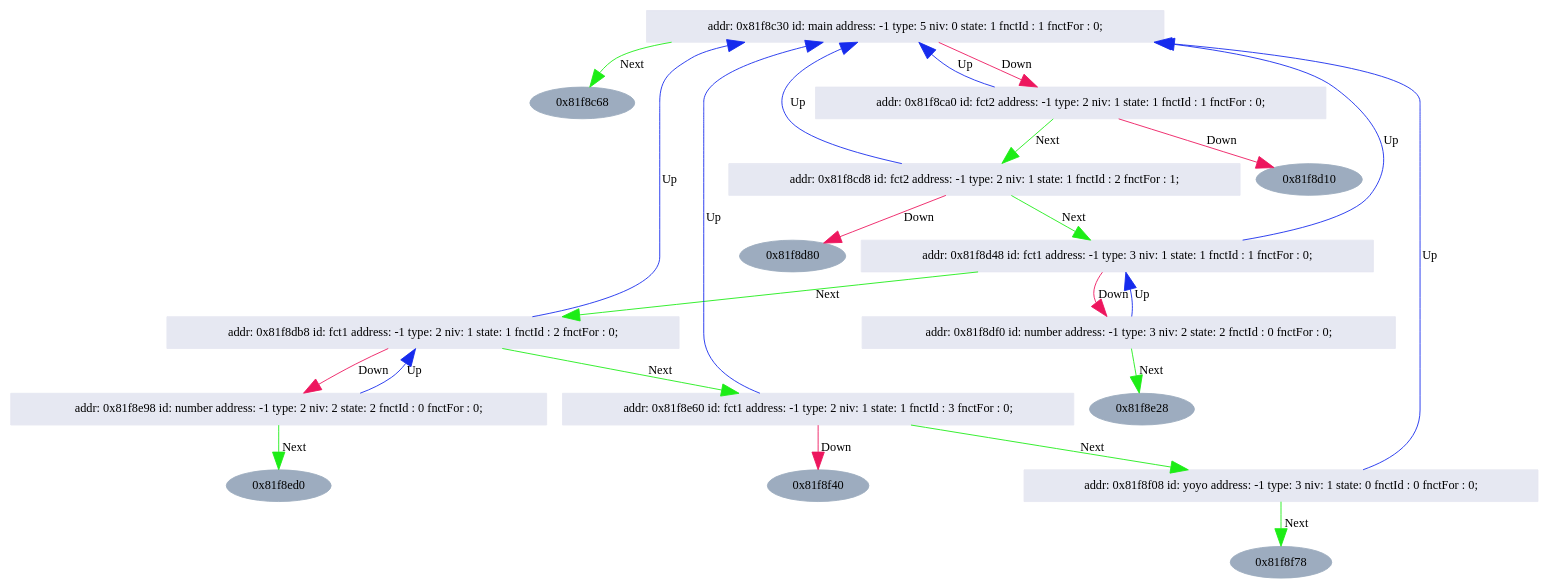
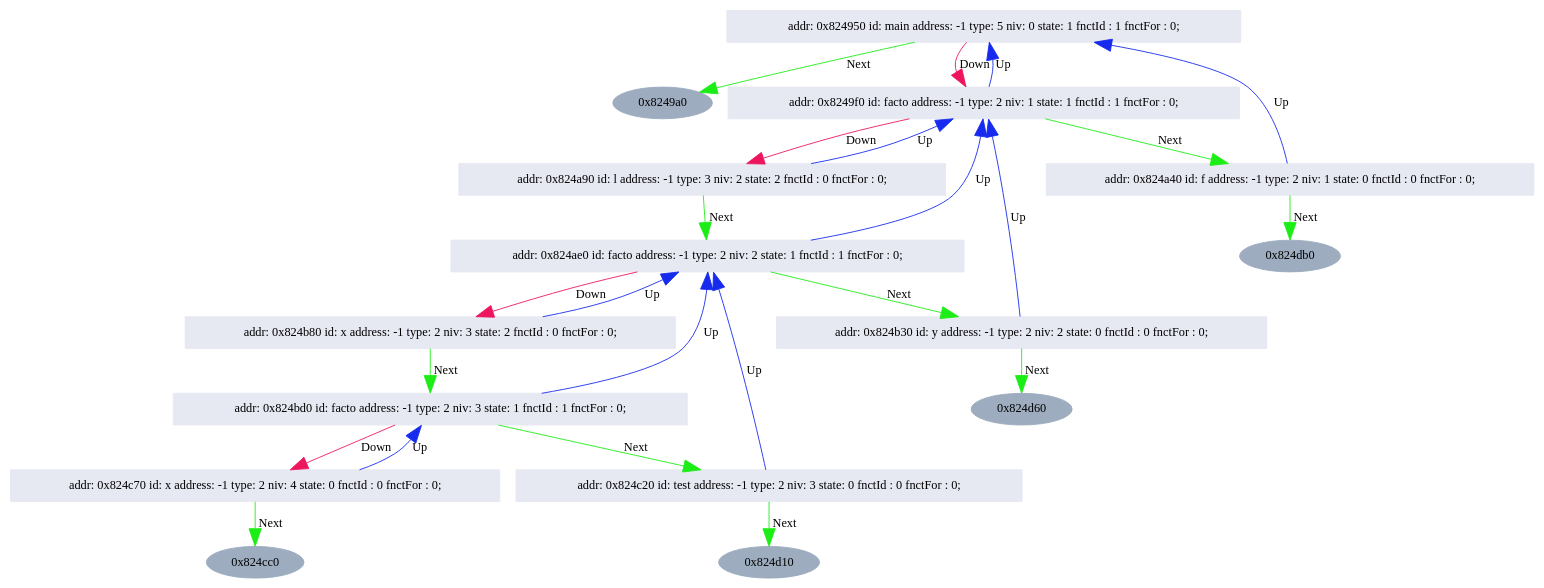
One commit to w0lf3011/13-lsd12 changed the diagram in lsd12/code/TabSymGraph.dot. Above: the diagram before and after it, drawn with Graphviz. The commit also changed 5 other files, not shown here.

```diff
--- a/lsd12/code/TabSymGraph.dot
+++ b/lsd12/code/TabSymGraph.dot
@@ -1,52 +1,52 @@
 //dot -Tjpg -oArbreGraph.jpg ArbreGraph.dot
 digraph LSD12{
 	bgcolor=white
 	node [color="#9DACBF", fontcolor="#000000", style=filled];
 	edge [arrowsize=2, color="#000000"];
 
 // A remplacer avec ce qu'il y a entre ";*** BEGIN printTreeGraphViz(..) +locations ***" et ";*** END printTreeGraphViz(..) +locations ***"
-
-"0x81f8c30";
-"0x81f8c30"[shape=box, color="#e6e8f2", fontcolor="#000000",label="addr: 0x81f8c30 id: main address: -1 type: 5 niv: 0 state: 1 fnctId : 1 fnctFor : 0;"];
-"0x81f8c30" -> "0x81f8c68" [color="#1DED16", label="Next"];
-"0x81f8c30" -> "0x81f8ca0"[color="#ED165E", label="Down"];
-"0x81f8ca0";
-"0x81f8ca0"[shape=box, color="#e6e8f2", fontcolor="#000000",label="addr: 0x81f8ca0 id: fct2 address: -1 type: 2 niv: 1 state: 1 fnctId : 1 fnctFor : 0;"];
-"0x81f8ca0" -> "0x81f8cd8" [color="#1DED16", label="Next"];
-"0x81f8ca0" -> "0x81f8d10"[color="#ED165E", label="Down"];
-"0x81f8ca0" -> "0x81f8c30"[color="#162BED", label="Up"];
-"0x81f8cd8";
-"0x81f8cd8"[shape=box, color="#e6e8f2", fontcolor="#000000",label="addr: 0x81f8cd8 id: fct2 address: -1 type: 2 niv: 1 state: 1 fnctId : 2 fnctFor : 1;"];
-"0x81f8cd8" -> "0x81f8d48" [color="#1DED16", label="Next"];
-"0x81f8cd8" -> "0x81f8d80"[color="#ED165E", label="Down"];
-"0x81f8cd8" -> "0x81f8c30"[color="#162BED", label="Up"];
-"0x81f8d48";
-"0x81f8d48"[shape=box, color="#e6e8f2", fontcolor="#000000",label="addr: 0x81f8d48 id: fct1 address: -1 type: 3 niv: 1 state: 1 fnctId : 1 fnctFor : 0;"];
-"0x81f8d48" -> "0x81f8db8" [color="#1DED16", label="Next"];
-"0x81f8d48" -> "0x81f8df0"[color="#ED165E", label="Down"];
-"0x81f8d48" -> "0x81f8c30"[color="#162BED", label="Up"];
-"0x81f8df0";
-"0x81f8df0"[shape=box, color="#e6e8f2", fontcolor="#000000",label="addr: 0x81f8df0 id: number address: -1 type: 3 niv: 2 state: 2 fnctId : 0 fnctFor : 0;"];
-"0x81f8df0" -> "0x81f8e28" [color="#1DED16", label="Next"];
-"0x81f8df0" -> "0x81f8d48"[color="#162BED", label="Up"];
-"0x81f8db8";
-"0x81f8db8"[shape=box, color="#e6e8f2", fontcolor="#000000",label="addr: 0x81f8db8 id: fct1 address: -1 type: 2 niv: 1 state: 1 fnctId : 2 fnctFor : 0;"];
-"0x81f8db8" -> "0x81f8e60" [color="#1DED16", label="Next"];
-"0x81f8db8" -> "0x81f8e98"[color="#ED165E", label="Down"];
-"0x81f8db8" -> "0x81f8c30"[color="#162BED", label="Up"];
-"0x81f8e98";
-"0x81f8e98"[shape=box, color="#e6e8f2", fontcolor="#000000",label="addr: 0x81f8e98 id: number address: -1 type: 2 niv: 2 state: 2 fnctId : 0 fnctFor : 0;"];
-"0x81f8e98" -> "0x81f8ed0" [color="#1DED16", label="Next"];
-"0x81f8e98" -> "0x81f8db8"[color="#162BED", label="Up"];
-"0x81f8e60";
-"0x81f8e60"[shape=box, color="#e6e8f2", fontcolor="#000000",label="addr: 0x81f8e60 id: fct1 address: -1 type: 2 niv: 1 state: 1 fnctId : 3 fnctFor : 0;"];
-"0x81f8e60" -> "0x81f8f08" [color="#1DED16", label="Next"];
-"0x81f8e60" -> "0x81f8f40"[color="#ED165E", label="Down"];
-"0x81f8e60" -> "0x81f8c30"[color="#162BED", label="Up"];
-"0x81f8f08";
-"0x81f8f08"[shape=box, color="#e6e8f2", fontcolor="#000000",label="addr: 0x81f8f08 id: yoyo address: -1 type: 3 niv: 1 state: 0 fnctId : 0 fnctFor : 0;"];
-"0x81f8f08" -> "0x81f8f78" [color="#1DED16", label="Next"];
-"0x81f8f08" -> "0x81f8c30"[color="#162BED", label="Up"];
-
+"0x824950";
+"0x824950"[shape=box, color="#e6e8f2", fontcolor="#000000",label="addr: 0x824950 id: main address: -1 type: 5 niv: 0 state: 1 fnctId : 1 fnctFor : 0;"];
+"0x824950" -> "0x8249a0" [color="#1DED16", label="Next"];
+"0x824950" -> "0x8249f0"[color="#ED165E", label="Down"];
+"0x8249f0";
+"0x8249f0"[shape=box, color="#e6e8f2", fontcolor="#000000",label="addr: 0x8249f0 id: facto address: -1 type: 2 niv: 1 state: 1 fnctId : 1 fnctFor : 0;"];
+"0x8249f0" -> "0x824a40" [color="#1DED16", label="Next"];
+"0x8249f0" -> "0x824a90"[color="#ED165E", label="Down"];
+"0x8249f0" -> "0x824950"[color="#162BED", label="Up"];
+"0x824a90";
+"0x824a90"[shape=box, color="#e6e8f2", fontcolor="#000000",label="addr: 0x824a90 id: l address: -1 type: 3 niv: 2 state: 2 fnctId : 0 fnctFor : 0;"];
+"0x824a90" -> "0x824ae0" [color="#1DED16", label="Next"];
+"0x824a90" -> "0x8249f0"[color="#162BED", label="Up"];
+"0x824ae0";
+"0x824ae0"[shape=box, color="#e6e8f2", fontcolor="#000000",label="addr: 0x824ae0 id: facto address: -1 type: 2 niv: 2 state: 1 fnctId : 1 fnctFor : 0;"];
+"0x824ae0" -> "0x824b30" [color="#1DED16", label="Next"];
+"0x824ae0" -> "0x824b80"[color="#ED165E", label="Down"];
+"0x824ae0" -> "0x8249f0"[color="#162BED", label="Up"];
+"0x824b80";
+"0x824b80"[shape=box, color="#e6e8f2", fontcolor="#000000",label="addr: 0x824b80 id: x address: -1 type: 2 niv: 3 state: 2 fnctId : 0 fnctFor : 0;"];
+"0x824b80" -> "0x824bd0" [color="#1DED16", label="Next"];
+"0x824b80" -> "0x824ae0"[color="#162BED", label="Up"];
+"0x824bd0";
+"0x824bd0"[shape=box, color="#e6e8f2", fontcolor="#000000",label="addr: 0x824bd0 id: facto address: -1 type: 2 niv: 3 state: 1 fnctId : 1 fnctFor : 0;"];
+"0x824bd0" -> "0x824c20" [color="#1DED16", label="Next"];
+"0x824bd0" -> "0x824c70"[color="#ED165E", label="Down"];
+"0x824bd0" -> "0x824ae0"[color="#162BED", label="Up"];
+"0x824c70";
+"0x824c70"[shape=box, color="#e6e8f2", fontcolor="#000000",label="addr: 0x824c70 id: x address: -1 type: 2 niv: 4 state: 0 fnctId : 0 fnctFor : 0;"];
+"0x824c70" -> "0x824cc0" [color="#1DED16", label="Next"];
+"0x824c70" -> "0x824bd0"[color="#162BED", label="Up"];
+"0x824c20";
+"0x824c20"[shape=box, color="#e6e8f2", fontcolor="#000000",label="addr: 0x824c20 id: test address: -1 type: 2 niv: 3 state: 0 fnctId : 0 fnctFor : 0;"];
+"0x824c20" -> "0x824d10" [color="#1DED16", label="Next"];
+"0x824c20" -> "0x824ae0"[color="#162BED", label="Up"];
+"0x824b30";
+"0x824b30"[shape=box, color="#e6e8f2", fontcolor="#000000",label="addr: 0x824b30 id: y address: -1 type: 2 niv: 2 state: 0 fnctId : 0 fnctFor : 0;"];
+"0x824b30" -> "0x824d60" [color="#1DED16", label="Next"];
+"0x824b30" -> "0x8249f0"[color="#162BED", label="Up"];
+"0x824a40";
+"0x824a40"[shape=box, color="#e6e8f2", fontcolor="#000000",label="addr: 0x824a40 id: f address: -1 type: 2 niv: 1 state: 0 fnctId : 0 fnctFor : 0;"];
+"0x824a40" -> "0x824db0" [color="#1DED16", label="Next"];
+"0x824a40" -> "0x824950"[color="#162BED", label="Up"];
 
 }
```
